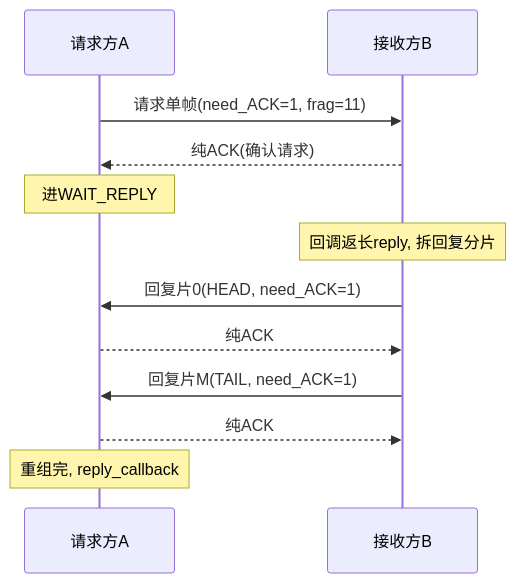
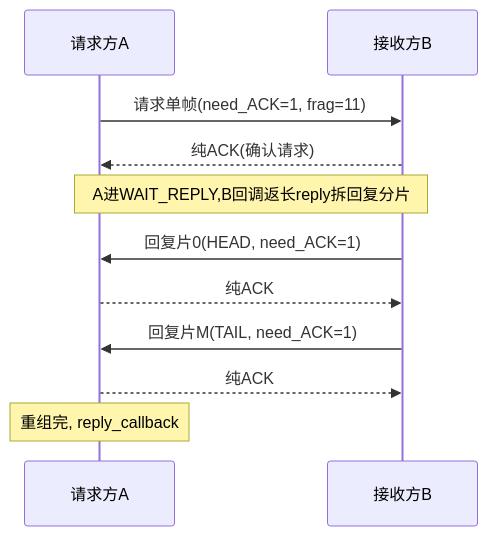
Before and after one commit to Siaiai/ObsidianNote: the third of 13 diagrams in 工作/项目/代码/260401S3分拣面板-SIA-R9000P.md, drawn with Mermaid. The commit also changed other lines of this file, not shown here.

````diff
--- a/工作/项目/代码/260401S3分拣面板-SIA-R9000P.md
+++ b/工作/项目/代码/260401S3分拣面板-SIA-R9000P.md
@@ -95,14 +95,13 @@
 ```mermaid
 sequenceDiagram
     participant A as 请求方A
     participant B as 接收方B
     A->>B: 请求单帧(need_ACK=1, frag=11)
     B-->>A: 纯ACK(确认请求)
-    Note over A: 进WAIT_REPLY
-    Note over B: 回调返长reply, 拆回复分片
+    Note over A,B: A进WAIT_REPLY,B回调返长reply拆回复分片
     B->>A: 回复片0(HEAD, need_ACK=1)
     A-->>B: 纯ACK
     B->>A: 回复片M(TAIL, need_ACK=1)
     A-->>B: 纯ACK
     Note over A: 重组完, reply_callback
 ```
````
